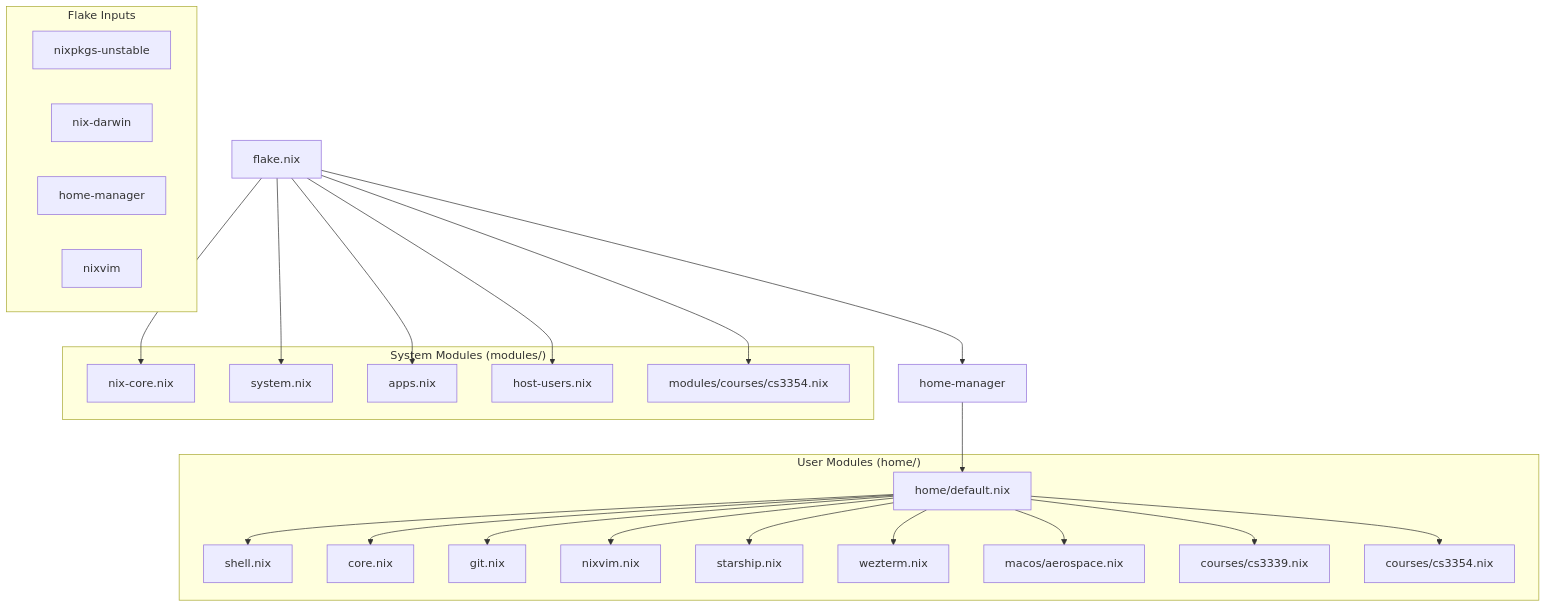
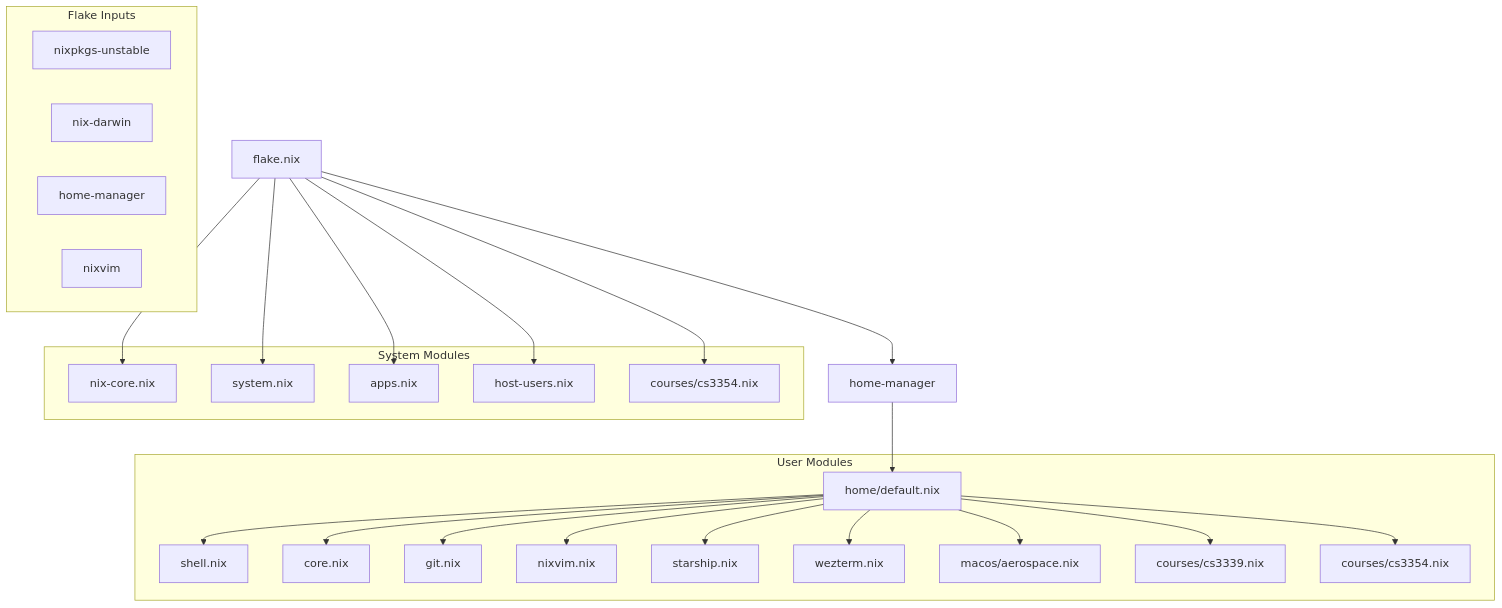
The first of 2 diagrams in README.md (MeJamoLeo/nix-darwin-conf), drawn with Mermaid before and after one commit. The commit also changed other lines of this file, not shown here.

Commit message:
fix(docs): escape special characters in Mermaid diagrams

````diff
--- a/README.md
+++ b/README.md
@@ -7,48 +7,48 @@
 ```mermaid
 graph TD
-    flake.nix --> nix-core.nix
-    flake.nix --> system.nix
-    flake.nix --> apps.nix
-    flake.nix --> host-users.nix
-    flake.nix --> modules/courses/cs3354.nix
-    flake.nix --> home-manager
+    flake["flake.nix"] --> nix-core["nix-core.nix"]
+    flake --> system["system.nix"]
+    flake --> apps["apps.nix"]
+    flake --> host-users["host-users.nix"]
+    flake --> mod-cs3354["courses/cs3354.nix"]
+    flake --> hm["home-manager"]
 
-    home-manager --> home/default.nix
-    home/default.nix --> shell.nix
-    home/default.nix --> core.nix
-    home/default.nix --> git.nix
-    home/default.nix --> nixvim.nix
-    home/default.nix --> starship.nix
-    home/default.nix --> wezterm.nix
-    home/default.nix --> macos/aerospace.nix
-    home/default.nix --> courses/cs3339.nix
-    home/default.nix --> courses/cs3354.nix
+    hm --> home-default["home/default.nix"]
+    home-default --> shell["shell.nix"]
+    home-default --> core["core.nix"]
+    home-default --> git["git.nix"]
+    home-default --> nixvim["nixvim.nix"]
+    home-default --> starship["starship.nix"]
+    home-default --> wezterm["wezterm.nix"]
+    home-default --> aerospace["macos/aerospace.nix"]
+    home-default --> cs3339["courses/cs3339.nix"]
+    home-default --> cs3354["courses/cs3354.nix"]
 
     subgraph "Flake Inputs"
         nixpkgs-unstable
         nix-darwin
-        home-manager-input[home-manager]
-        nixvim-input[nixvim]
+        hm-input["home-manager"]
+        nixvim-input["nixvim"]
     end
 
-    subgraph "System Modules (modules/)"
-        nix-core.nix
-        system.nix
-        apps.nix
-        host-users.nix
-        modules/courses/cs3354.nix
+    subgraph "System Modules"
+        nix-core
+        system
+        apps
+        host-users
+        mod-cs3354
     end
 
-    subgraph "User Modules (home/)"
-        home/default.nix
-        shell.nix
-        core.nix
-        git.nix
-        nixvim.nix
-        starship.nix
-        wezterm.nix
-        macos/aerospace.nix
-        courses/cs3339.nix
-        courses/cs3354.nix
+    subgraph "User Modules"
+        home-default
+        shell
+        core
+        git
+        nixvim
+        starship
+        wezterm
+        aerospace
+        cs3339
+        cs3354
     end
 ```
````
